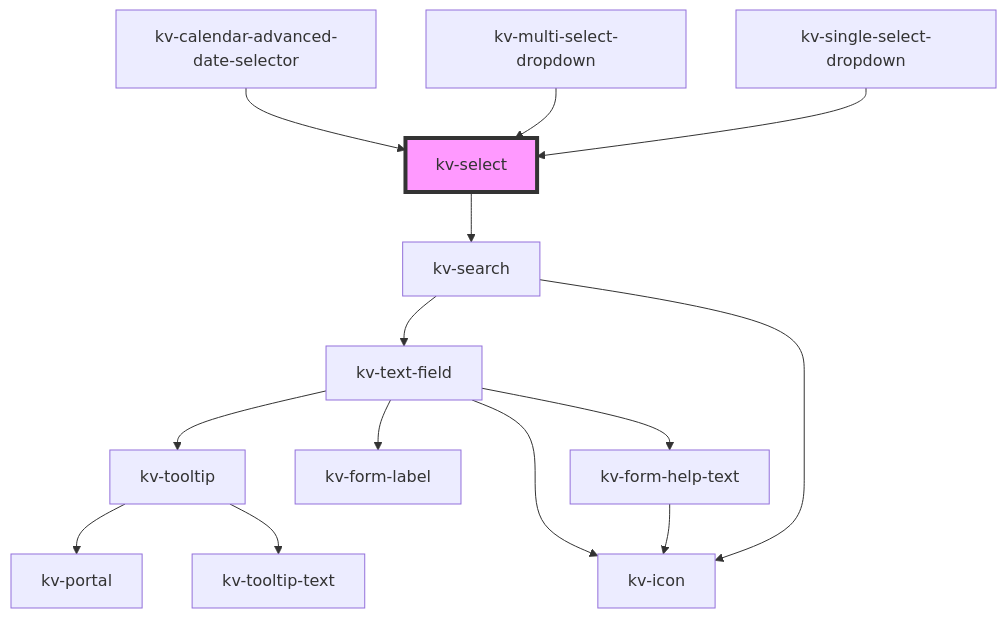
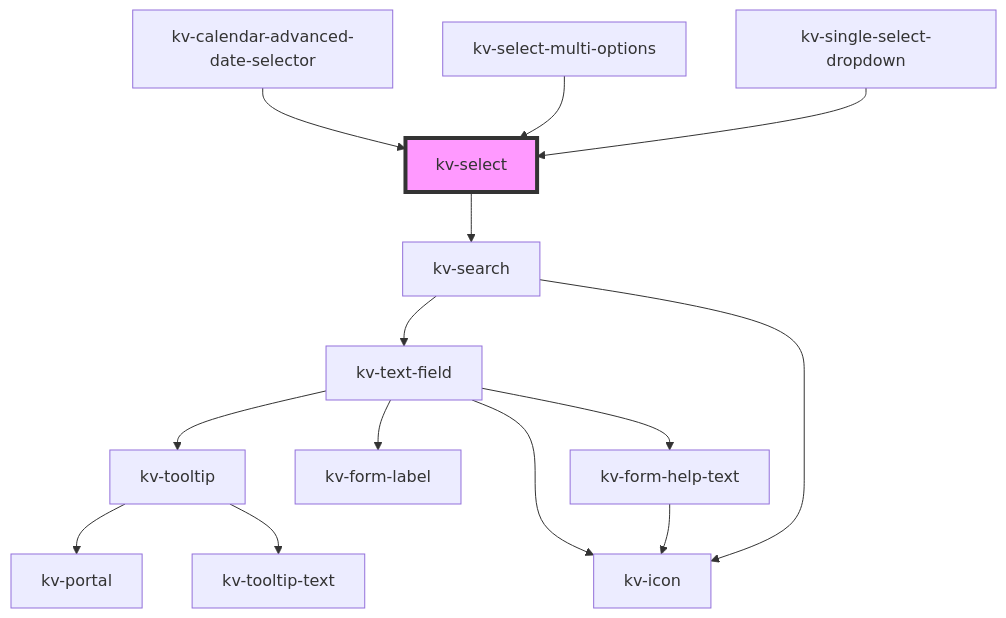
Before and after one commit to kelvininc/ui-components: the diagram in packages/ui-components/src/components/select/readme.md, drawn with Mermaid. The commit also changed other lines of this file and 12 other files, not shown here.

Commit message:
refactor(multi-select-dropdown): isolate options selector to a separate component

````diff
--- a/packages/ui-components/src/components/select/readme.md
+++ b/packages/ui-components/src/components/select/readme.md
@@ -105,17 +105,17 @@
 ```mermaid
 graph TD;
   kv-select --> kv-search
   kv-search --> kv-text-field
   kv-search --> kv-icon
   kv-text-field --> kv-tooltip
   kv-text-field --> kv-form-label
   kv-text-field --> kv-icon
   kv-text-field --> kv-form-help-text
   kv-tooltip --> kv-portal
   kv-tooltip --> kv-tooltip-text
   kv-form-help-text --> kv-icon
   kv-calendar-advanced-date-selector --> kv-select
-  kv-multi-select-dropdown --> kv-select
+  kv-select-multi-options --> kv-select
   kv-single-select-dropdown --> kv-select
   style kv-select fill:#f9f,stroke:#333,stroke-width:4px
 ```
````
